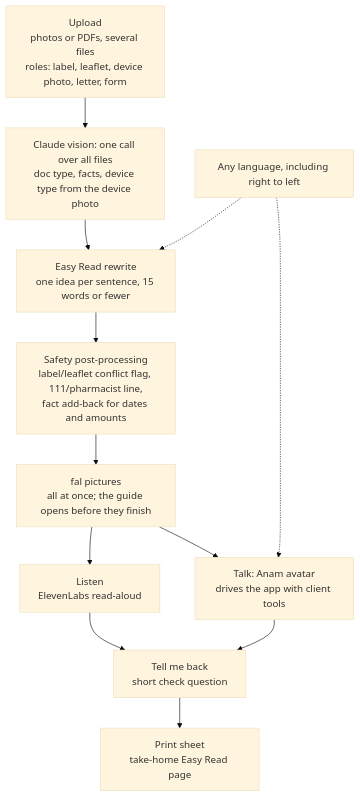
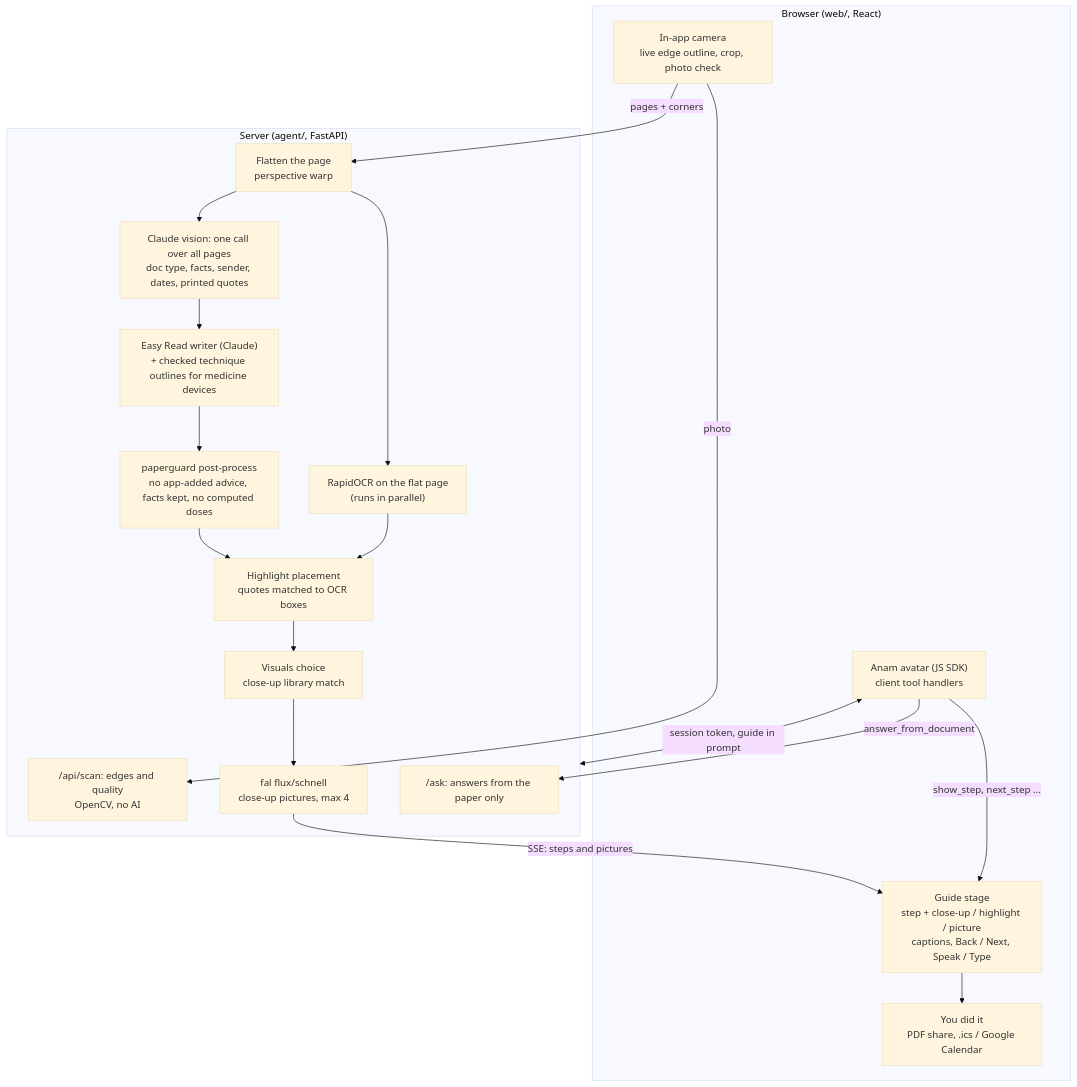
One commit to Tasnim-Uddin/EasyRead-AI changed the diagram in README.md. Above: the diagram before and after it, drawn with Mermaid (base theme). The commit also changed other lines of this file and 14 other files, not shown here.

````diff
--- a/README.md
+++ b/README.md
@@ -41,14 +73,29 @@
 ```mermaid
 flowchart TD
-    A["Upload<br/>photos or PDFs, several files<br/>roles: label, leaflet, device photo, letter, form"] --> B["Claude vision: one call over all files<br/>doc type, facts, device type from the device photo"]
-    B --> C["Easy Read rewrite<br/>one idea per sentence, 15 words or fewer"]
-    C --> D["Safety post-processing<br/>label/leaflet conflict flag, 111/pharmacist line,<br/>fact add-back for dates and amounts"]
-    D --> E["fal pictures<br/>all at once; the guide opens before they finish"]
-    E --> F["Listen<br/>ElevenLabs read-aloud"]
-    E --> G["Talk: Anam avatar<br/>drives the app with client tools"]
-    G --> H["Tell me back<br/>short check question"]
-    F --> H
-    H --> I["Print sheet<br/>take-home Easy Read page"]
-    L["Any language, including right to left"] -.-> C
-    L -.-> G
+    subgraph Browser["Browser (web/, React)"]
+      CAM["In-app camera<br/>live edge outline, crop, photo check"]
+      STAGE["Guide stage<br/>step + close-up / highlight / picture<br/>captions, Back / Next, Speak / Type"]
+      ANAM["Anam avatar (JS SDK)<br/>client tool handlers"]
+      DONE["You did it<br/>PDF share, .ics / Google Calendar"]
+    end
+    subgraph Server["Server (agent/, FastAPI)"]
+      SCAN["/api/scan: edges and quality<br/>OpenCV, no AI"]
+      FLAT["Flatten the page<br/>perspective warp"]
+      EXT["Claude vision: one call over all pages<br/>doc type, facts, sender, dates, printed quotes"]
+      OCR["RapidOCR on the flat page<br/>(runs in parallel)"]
+      WRITE["Easy Read writer (Claude)<br/>+ checked technique outlines for medicine devices"]
+      GUARD["paperguard post-process<br/>no app-added advice, facts kept, no computed doses"]
+      PLACE["Highlight placement<br/>quotes matched to OCR boxes"]
+      VIS["Visuals choice<br/>close-up library match"]
+      FAL["fal flux/schnell<br/>close-up pictures, max 4"]
+      ASK["/ask: answers from the paper only"]
+    end
+    CAM -- photo --> SCAN
+    CAM -- "pages + corners" --> FLAT --> EXT --> WRITE --> GUARD --> PLACE --> VIS --> FAL
+    FLAT --> OCR --> PLACE
+    FAL -- "SSE: steps and pictures" --> STAGE
+    STAGE --> DONE
+    ANAM <-- "session token, guide in prompt" --> Server
+    ANAM -- "answer_from_document" --> ASK
+    ANAM -- "show_step, next_step ..." --> STAGE
 ```
````
